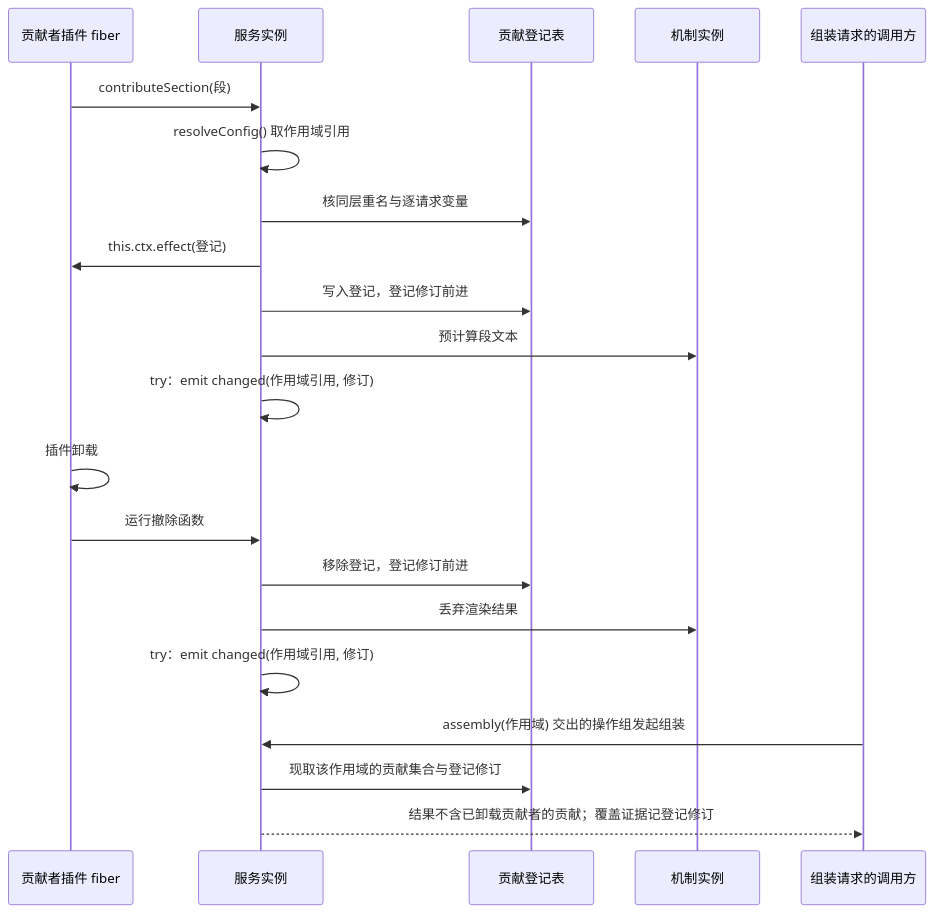
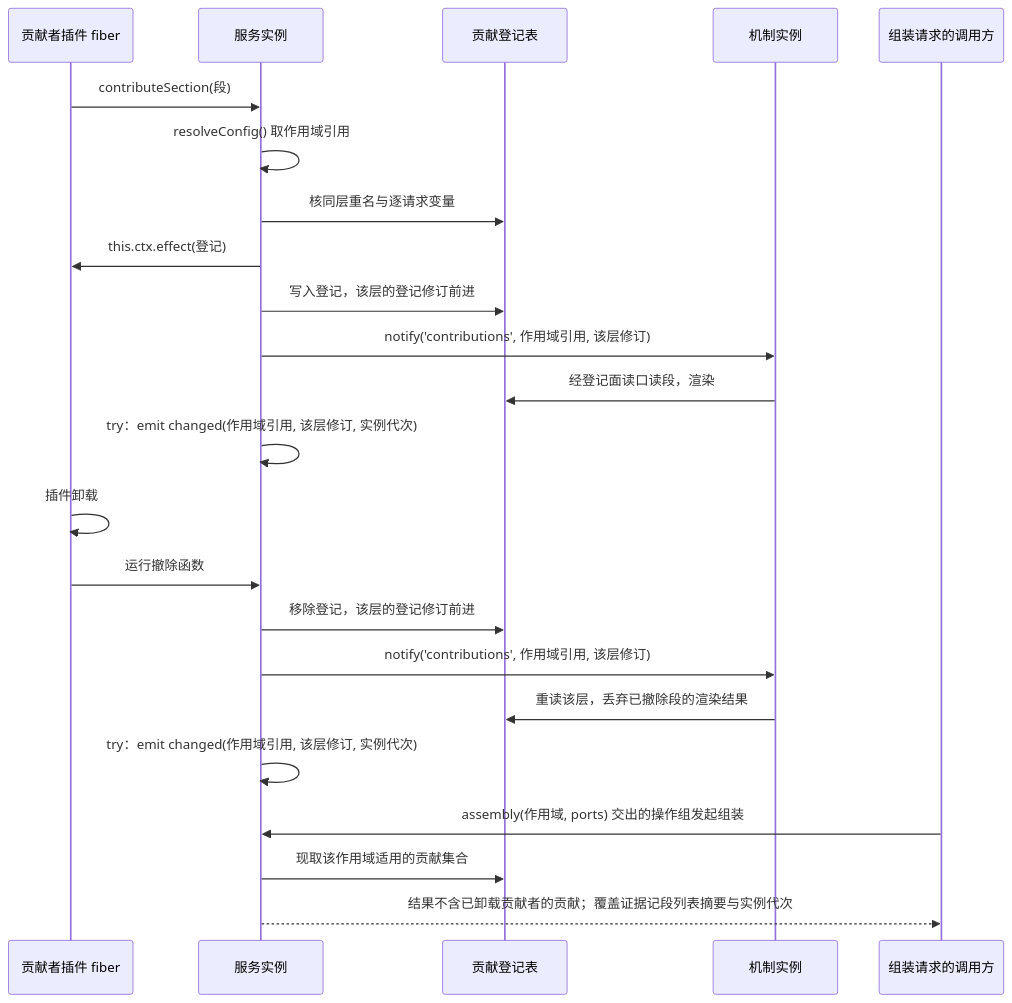
One commit to nemori-ai/omne-harness-lite changed the second of 3 diagrams in packages/context/request-context-cordis/docs/flows.md. Above: the diagram before and after it, drawn with Mermaid. The commit also changed other lines of this file and 68 other files, not shown here.

````diff
--- a/packages/context/request-context-cordis/docs/flows.md
+++ b/packages/context/request-context-cordis/docs/flows.md
@@ -50,23 +52,25 @@
 ```mermaid
 sequenceDiagram
   participant CF as 贡献者插件 fiber
   participant S as 服务实例
   participant T as 贡献登记表
   participant M as 机制实例
   participant C as 组装请求的调用方
   CF->>S: contributeSection(段)
   S->>S: resolveConfig() 取作用域引用
   S->>T: 核同层重名与逐请求变量
   S->>CF: this.ctx.effect(登记)
-  S->>T: 写入登记，登记修订前进
-  S->>M: 预计算段文本
-  S->>S: try：emit changed(作用域引用, 修订)
+  S->>T: 写入登记，该层的登记修订前进
+  S->>M: notify('contributions', 作用域引用, 该层修订)
+  M->>T: 经登记面读口读段，渲染
+  S->>S: try：emit changed(作用域引用, 该层修订, 实例代次)
   CF->>CF: 插件卸载
   CF->>S: 运行撤除函数
-  S->>T: 移除登记，登记修订前进
-  S->>M: 丢弃渲染结果
-  S->>S: try：emit changed(作用域引用, 修订)
-  C->>S: assembly(作用域) 交出的操作组发起组装
-  S->>T: 现取该作用域的贡献集合与登记修订
-  S-->>C: 结果不含已卸载贡献者的贡献；覆盖证据记登记修订
+  S->>T: 移除登记，该层的登记修订前进
+  S->>M: notify('contributions', 作用域引用, 该层修订)
+  M->>T: 重读该层，丢弃已撤除段的渲染结果
+  S->>S: try：emit changed(作用域引用, 该层修订, 实例代次)
+  C->>S: assembly(作用域, ports) 交出的操作组发起组装
+  S->>T: 现取该作用域适用的贡献集合
+  S-->>C: 结果不含已卸载贡献者的贡献；覆盖证据记段列表摘要与实例代次
 ```
````
